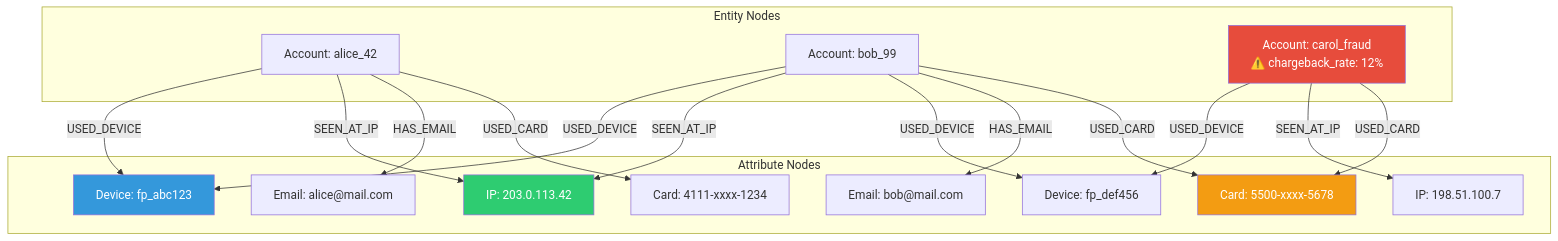
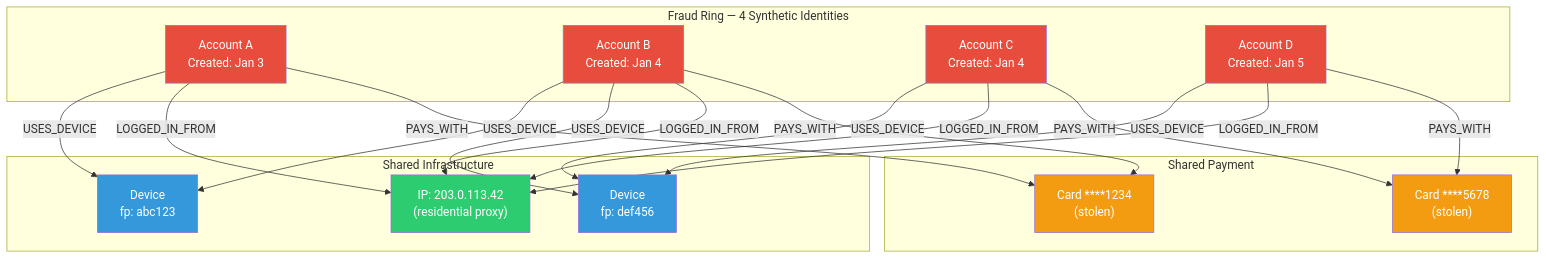
Before and after one commit to ashim-kr-saha/RustTraining: the second of 3 diagrams in fraud-detection-book/src/ch03-identity-graph-database.md, drawn with Mermaid. The commit also changed other lines of this file and 15 other files, not shown here.

````diff
--- a/fraud-detection-book/src/ch03-identity-graph-database.md
+++ b/fraud-detection-book/src/ch03-identity-graph-database.md
@@ -64,39 +643,46 @@
 ```mermaid
-graph TD
-    subgraph "Entity Nodes"
-        A1["Account: alice_42"]
-        A2["Account: bob_99"]
-        A3["Account: carol_fraud<br/>⚠️ chargeback_rate: 12%"]
+graph TB
+    subgraph "Fraud Ring — 4 Synthetic Identities"
+        A1["Account A<br/>Created: Jan 3"]
+        A2["Account B<br/>Created: Jan 4"]
+        A3["Account C<br/>Created: Jan 4"]
+        A4["Account D<br/>Created: Jan 5"]
     end
 
-    subgraph "Attribute Nodes"
-        D1["Device: fp_abc123"]
-        D2["Device: fp_def456"]
-        IP1["IP: 203.0.113.42"]
-        IP2["IP: 198.51.100.7"]
-        E1["Email: alice@mail.com"]
-        E2["Email: bob@mail.com"]
-        CC1["Card: 4111-xxxx-1234"]
-        CC2["Card: 5500-xxxx-5678"]
+    subgraph "Shared Infrastructure"
+        D1["Device<br/>fp: abc123"]
+        D2["Device<br/>fp: def456"]
+        IP1["IP: 203.0.113.42<br/>(residential proxy)"]
     end
 
-    A1 -->|USED_DEVICE| D1
-    A1 -->|SEEN_AT_IP| IP1
-    A1 -->|HAS_EMAIL| E1
-    A1 -->|USED_CARD| CC1
+    subgraph "Shared Payment"
+        C1["Card ****1234<br/>(stolen)"]
+        C2["Card ****5678<br/>(stolen)"]
+    end
 
-    A2 -->|USED_DEVICE| D1
-    A2 -->|SEEN_AT_IP| IP1
-    A2 -->|USED_DEVICE| D2
-    A2 -->|HAS_EMAIL| E2
-    A2 -->|USED_CARD| CC2
+    A1 -->|USES_DEVICE| D1
+    A2 -->|USES_DEVICE| D1
+    A2 -->|USES_DEVICE| D2
+    A3 -->|USES_DEVICE| D2
+    A4 -->|USES_DEVICE| D2
 
-    A3 -->|USED_DEVICE| D2
-    A3 -->|SEEN_AT_IP| IP2
-    A3 -->|USED_CARD| CC2
+    A1 -->|LOGGED_IN_FROM| IP1
+    A2 -->|LOGGED_IN_FROM| IP1
+    A3 -->|LOGGED_IN_FROM| IP1
+    A4 -->|LOGGED_IN_FROM| IP1
 
+    A1 -->|PAYS_WITH| C1
+    A2 -->|PAYS_WITH| C1
+    A3 -->|PAYS_WITH| C2
+    A4 -->|PAYS_WITH| C2
+
+    style A1 fill:#e74c3c,color:#fff
+    style A2 fill:#e74c3c,color:#fff
     style A3 fill:#e74c3c,color:#fff
+    style A4 fill:#e74c3c,color:#fff
     style D1 fill:#3498db,color:#fff
+    style D2 fill:#3498db,color:#fff
     style IP1 fill:#2ecc71,color:#fff
-    style CC2 fill:#f39c12,color:#fff
+    style C1 fill:#f39c12,color:#fff
+    style C2 fill:#f39c12,color:#fff
 ```
````
